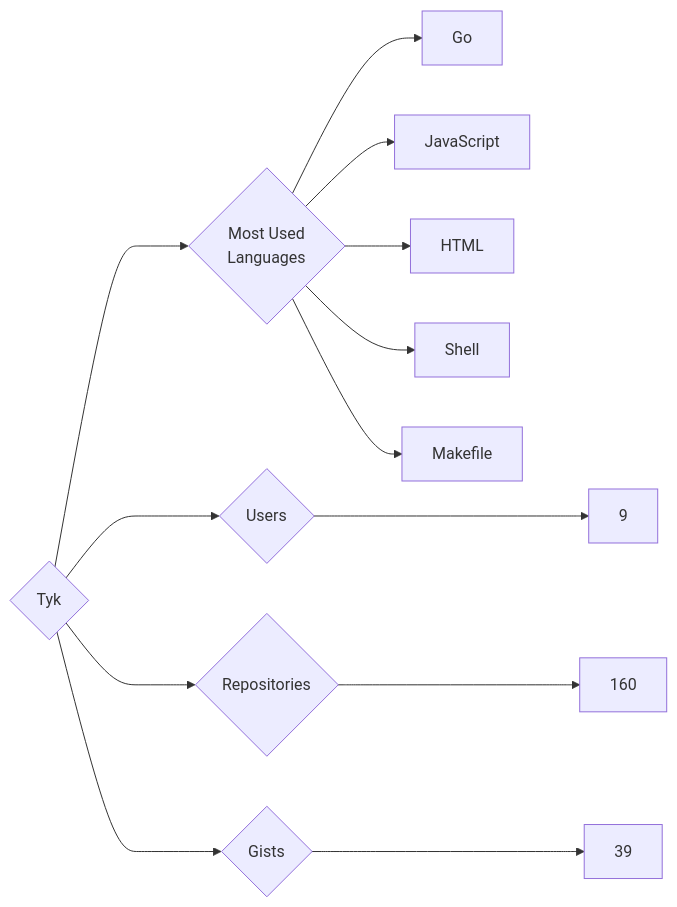
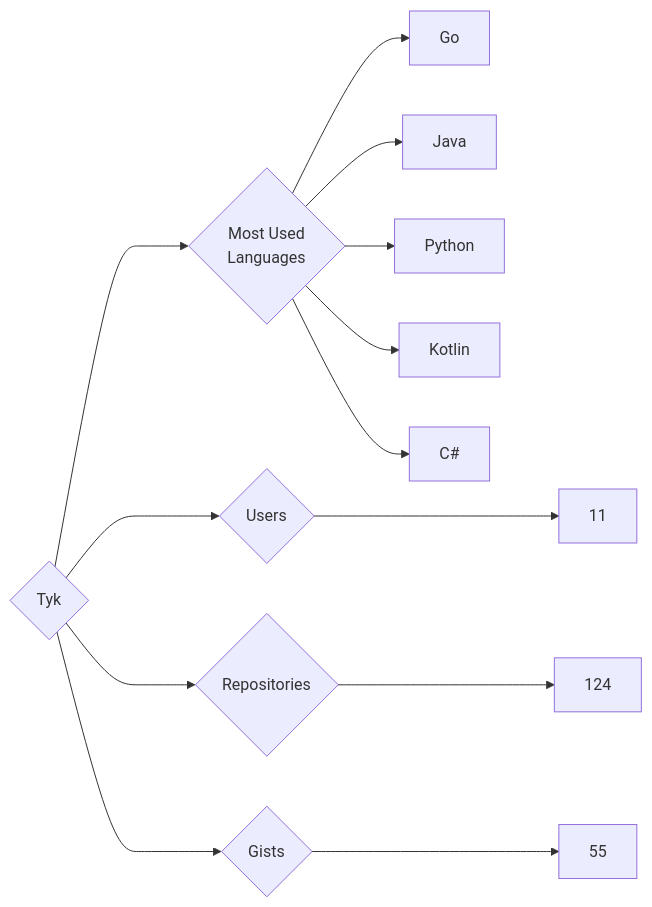
The diagram in targets/Tyk/README.md (trickest/insiders), drawn with Mermaid before and after one commit. The commit also changed 582 other files, not shown here.

````diff
--- a/targets/Tyk/README.md
+++ b/targets/Tyk/README.md
@@ -3,13 +3,13 @@
 ```mermaid
 graph LR
 COMPANY_NAME{Tyk}
-COMPANY_NAME ---> U{Users} ---> UN[9]
-COMPANY_NAME ---> R{Repositories} ---> RN[160]
-COMPANY_NAME ---> G{Gists} ---> GN[39]
+COMPANY_NAME ---> U{Users} ---> UN[11]
+COMPANY_NAME ---> R{Repositories} ---> RN[124]
+COMPANY_NAME ---> G{Gists} ---> GN[55]
 COMPANY_NAME ---> ML{Most Used<br>Languages}
 ML --> Go[Go]
-ML --> JavaScript[JavaScript]
-ML --> HTML[HTML]
-ML --> Shell[Shell]
-ML --> Makefile[Makefile]
+ML --> Java[Java]
+ML --> Python[Python]
+ML --> Kotlin[Kotlin]
+ML --> C#[C#]
 ```
````
